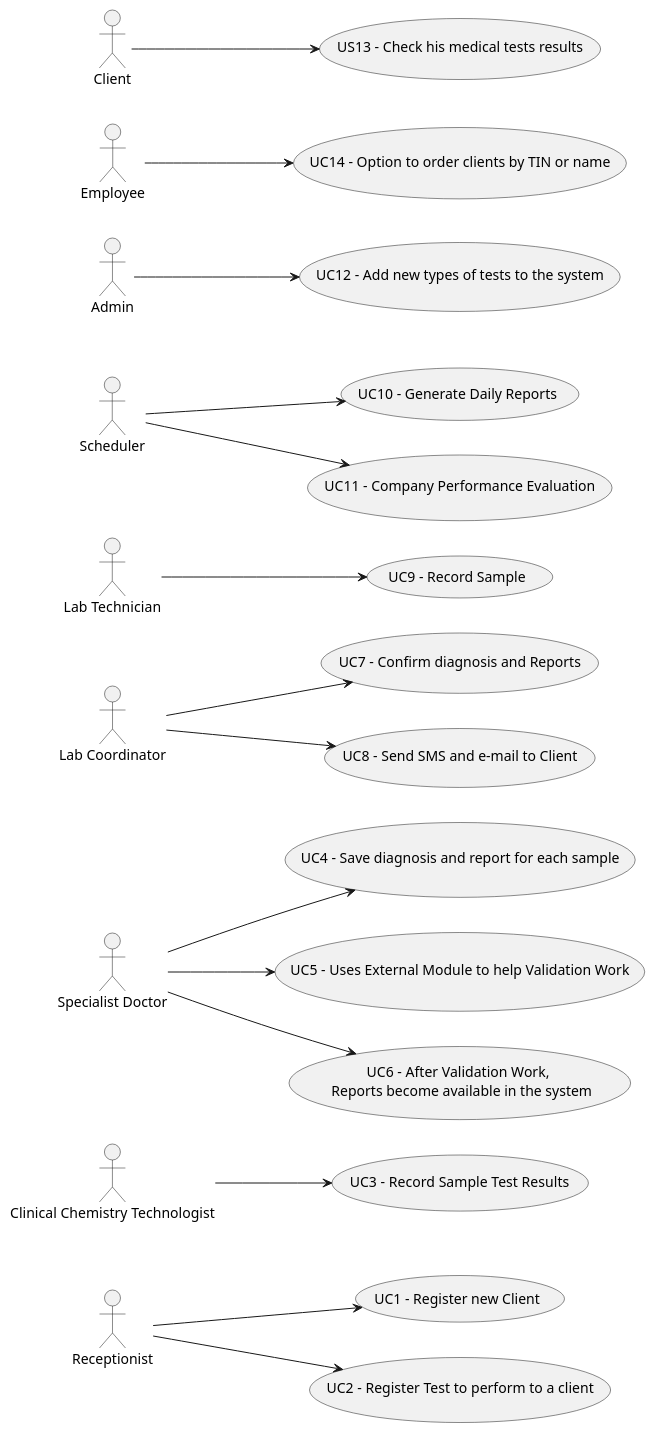
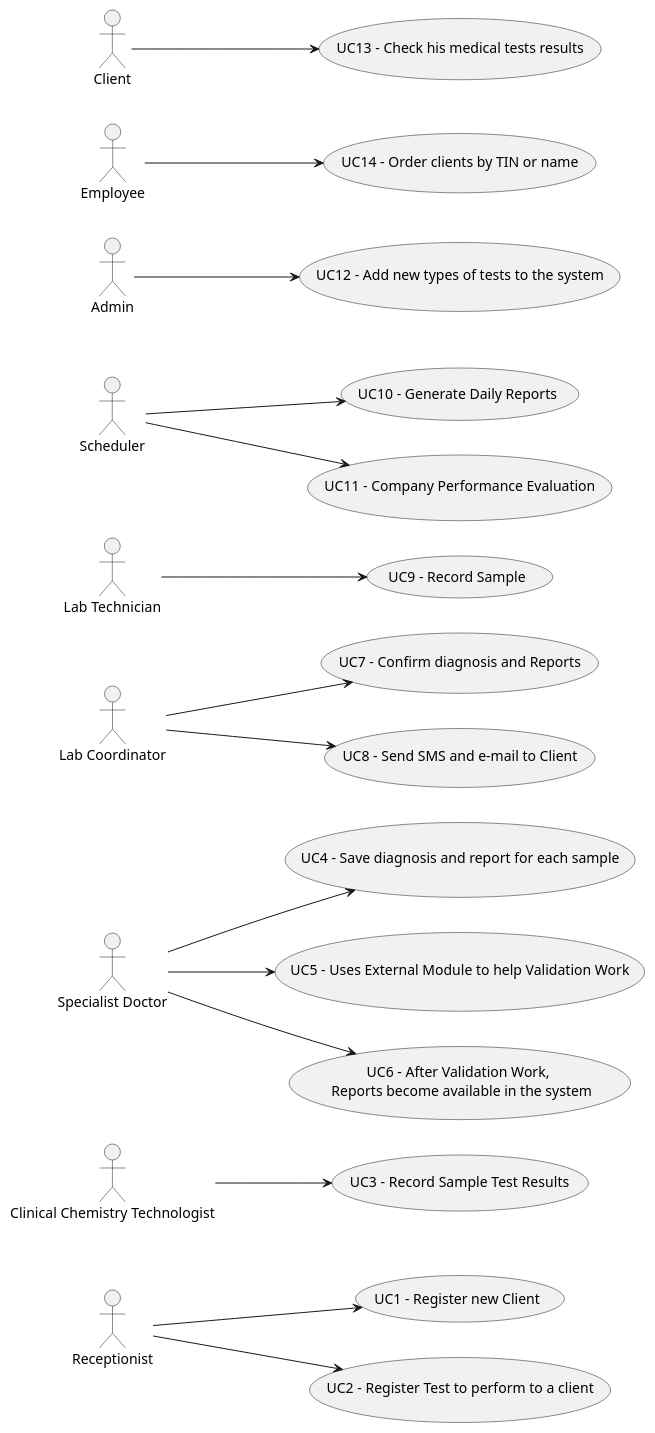
The diagram in docs/SprintA/UC Diagram.puml (GuilhermeCunha79/lapr2), drawn with PlantUML before and after one commit. The commit also changed 3 other files, not shown here.

Commit message:
DM diagram & UC Diagram, FURPS+ update

```diff
--- a/docs/SprintA/UC Diagram.puml
+++ b/docs/SprintA/UC Diagram.puml
@@ -1,29 +1,29 @@
 @startuml
 'https://plantuml.com/use-case-diagram
 
 left to right direction
 :Receptionist: as Recep
 Recep --> (UC1 - Register new Client)
 Recep --> (UC2 - Register Test to perform to a client)
 :Clinical Chemistry Technologist: --> (UC3 - Record Sample Test Results)
 :Specialist Doctor: --> (UC4 - Save diagnosis and report for each sample)
 :Specialist Doctor: --> (UC5 - Uses External Module to help Validation Work)
 :Specialist Doctor: --> (UC6 - After Validation Work, \n Reports become available in the system)
 
 :Lab Coordinator: as lc
 (UC7 - Confirm diagnosis and Reports) as UC7
 (UC8 - Send SMS and e-mail to Client) as UC8
 :Lab Technician: as lt
 (UC9 - Record Sample) as UC9
 
 :Scheduler: --> (UC10 - Generate Daily Reports)
 :Scheduler: --> (UC11 - Company Performance Evaluation)
 lc --> UC7
 lc --> UC8
 
 lt --> UC9
 
 :Admin: --> (UC12 - Add new types of tests to the system)
-:Employee: --> (UC14 - Option to order clients by TIN or name)
-:Client: --> (US13 - Check his medical tests results)
+:Employee: --> (UC14 - Order clients by TIN or name)
+:Client: --> (UC13 - Check his medical tests results)
 @enduml
```
